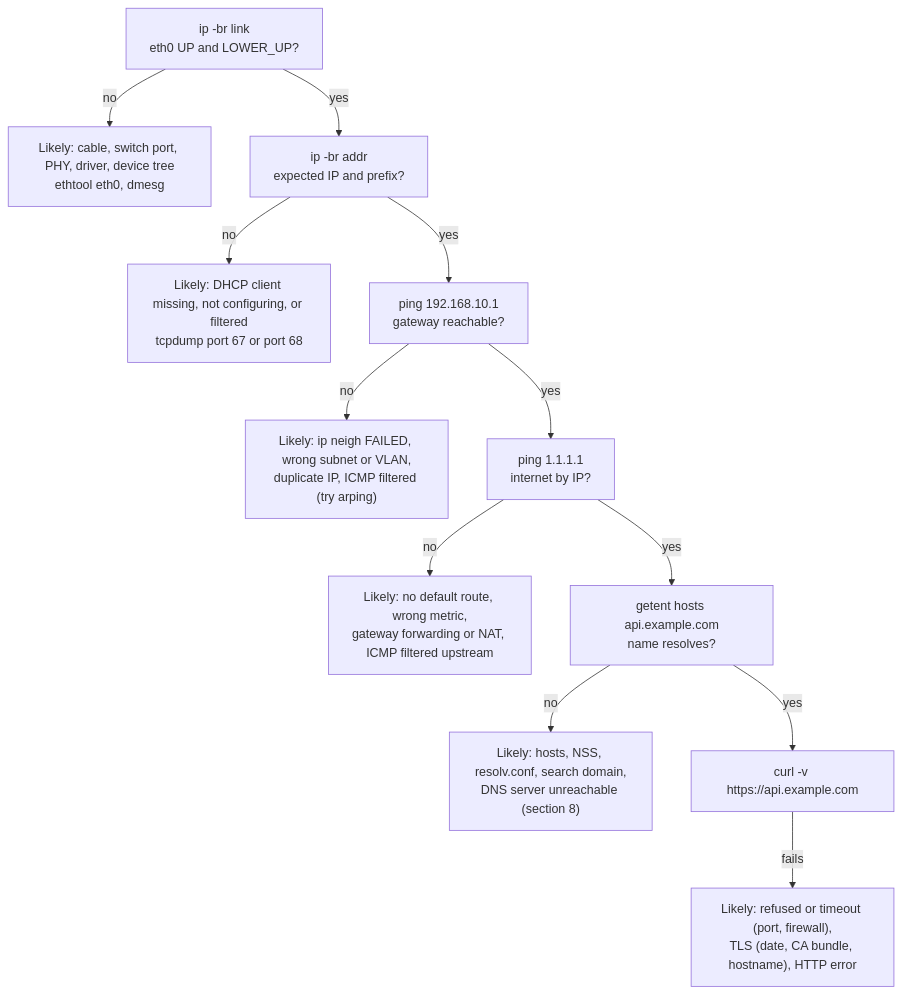
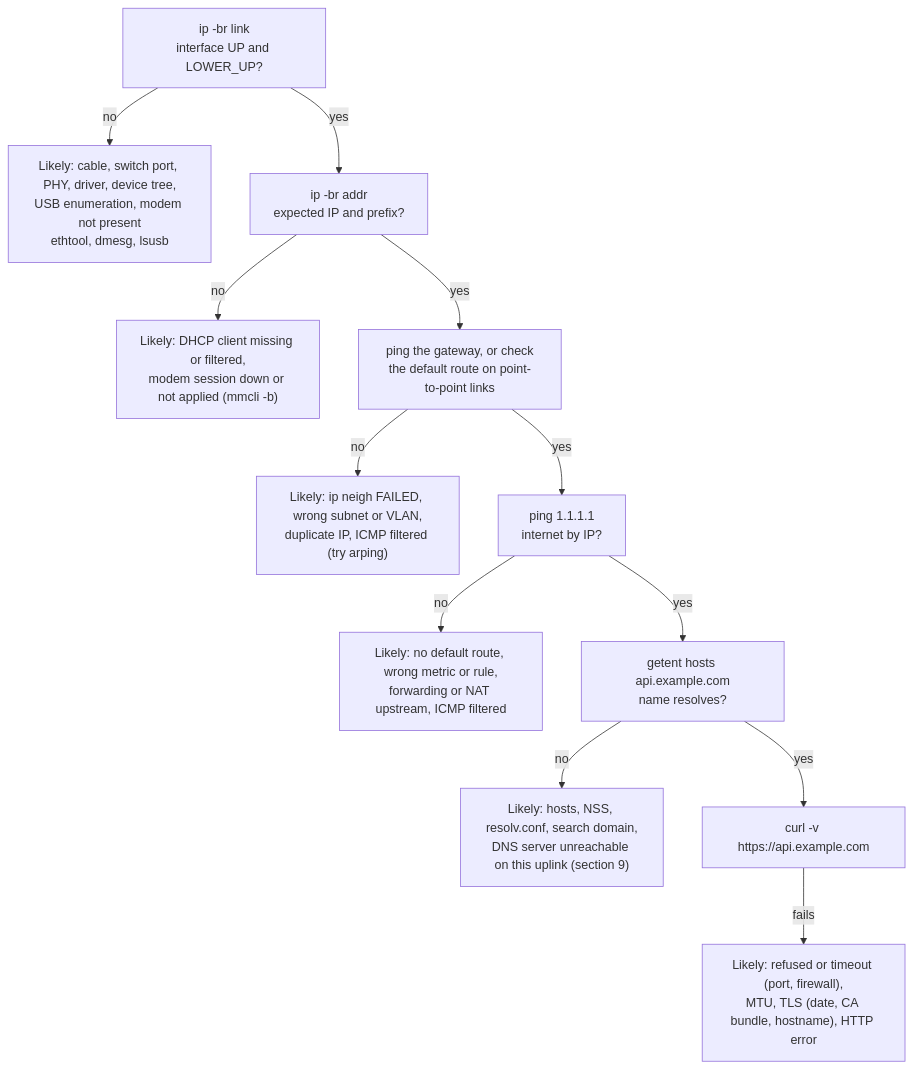
Before and after one commit to yassineflag/engineering-notes-public: diagram 23 of 23 in networking/fundamentals/fundamentals.md, drawn with Mermaid. The commit also changed other lines of this file, not shown here.

````diff
--- a/networking/fundamentals/fundamentals.md
+++ b/networking/fundamentals/fundamentals.md
@@ -945,14 +1931,14 @@
 ```mermaid
 flowchart TD
-    L1["ip -br link<br/>eth0 UP and LOWER_UP?"] -->|no| L1x["Likely: cable, switch port, PHY, driver, device tree<br/>ethtool eth0, dmesg"]
+    L1["ip -br link<br/>interface UP and LOWER_UP?"] -->|no| L1x["Likely: cable, switch port, PHY, driver, device tree,<br/>USB enumeration, modem not present<br/>ethtool, dmesg, lsusb"]
     L1 -->|yes| L3["ip -br addr<br/>expected IP and prefix?"]
-    L3 -->|no| L3x["Likely: DHCP client missing, not configuring, or filtered<br/>tcpdump port 67 or port 68"]
-    L3 -->|yes| GW["ping 192.168.10.1<br/>gateway reachable?"]
+    L3 -->|no| L3x["Likely: DHCP client missing or filtered,<br/>modem session down or not applied (mmcli -b)"]
+    L3 -->|yes| GW["ping the gateway, or check<br/>the default route on point-to-point links"]
     GW -->|no| GWx["Likely: ip neigh FAILED, wrong subnet or VLAN,<br/>duplicate IP, ICMP filtered (try arping)"]
     GW -->|yes| NET["ping 1.1.1.1<br/>internet by IP?"]
-    NET -->|no| NETx["Likely: no default route, wrong metric,<br/>gateway forwarding or NAT, ICMP filtered upstream"]
+    NET -->|no| NETx["Likely: no default route, wrong metric or rule,<br/>forwarding or NAT upstream, ICMP filtered"]
     NET -->|yes| DNS["getent hosts api.example.com<br/>name resolves?"]
-    DNS -->|no| DNSx["Likely: hosts, NSS, resolv.conf, search domain,<br/>DNS server unreachable (section 8)"]
+    DNS -->|no| DNSx["Likely: hosts, NSS, resolv.conf, search domain,<br/>DNS server unreachable on this uplink (section 9)"]
     DNS -->|yes| APP["curl -v https://api.example.com"]
-    APP -->|fails| APPx["Likely: refused or timeout (port, firewall),<br/>TLS (date, CA bundle, hostname), HTTP error"]
+    APP -->|fails| APPx["Likely: refused or timeout (port, firewall),<br/>MTU, TLS (date, CA bundle, hostname), HTTP error"]
 ```
````
